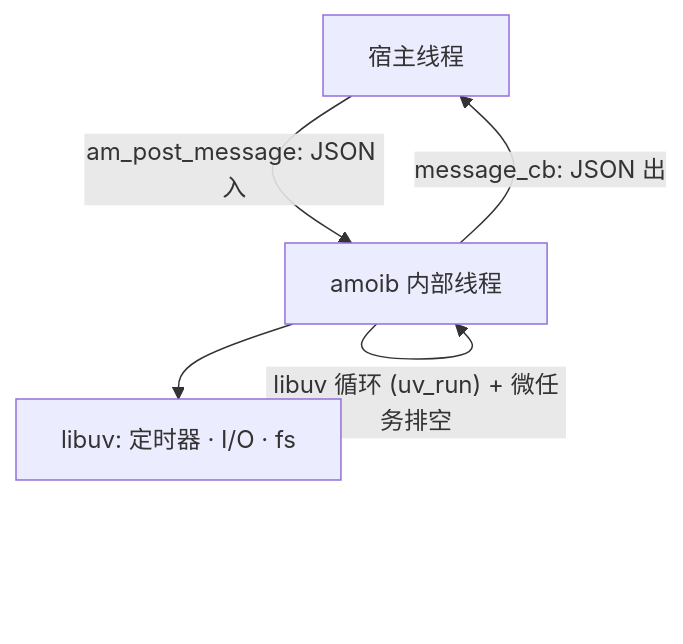
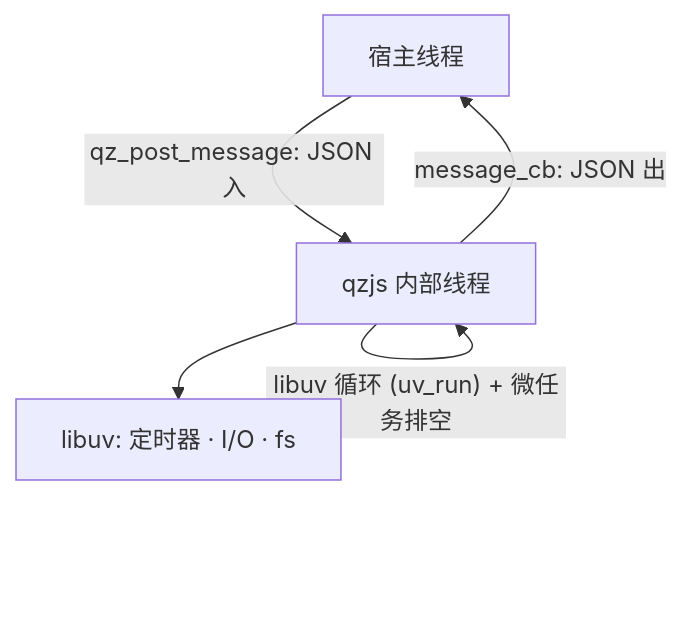
Before and after one commit to adam-ikari/qwrt: the diagram in docs/zh/guide/event-loop.md, drawn with Mermaid. The commit also changed other lines of this file and 349 other files, not shown here.

````diff
--- a/docs/zh/guide/event-loop.md
+++ b/docs/zh/guide/event-loop.md
@@ -14,7 +14,7 @@
 ```mermaid
 flowchart TB
-    HOST["宿主线程"] -->|"am_post_message: JSON 入"| AM["amoib 内部线程"]
+    HOST["宿主线程"] -->|"qz_post_message: JSON 入"| AM["qzjs 内部线程"]
     AM -->|"libuv 循环 (uv_run) + 微任务排空"| AM
     AM -->|"message_cb: JSON 出"| HOST
     AM --> LIBUV["libuv: 定时器 · I/O · fs"]
 ```
````
